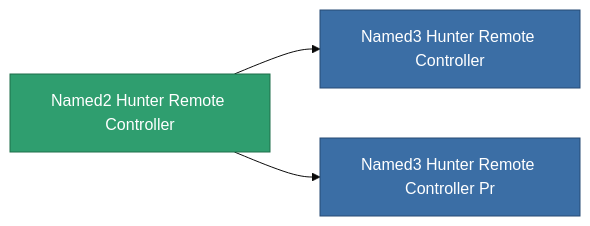
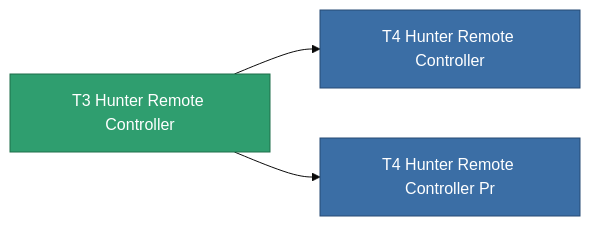
The diagram in content/content/items/named2_hunter_remote_controller.md (OpenPerpetuum/Wiki), drawn with Mermaid (base theme) before and after one commit. The commit also changed other lines of this file and 4904 other files, not shown here.

````diff
--- a/content/content/items/named2_hunter_remote_controller.md
+++ b/content/content/items/named2_hunter_remote_controller.md
@@ -68,13 +52,13 @@
 ```mermaid
 graph LR
-    a["Named2 Hunter Remote Controller"]:::current
-    b["Named3 Hunter Remote Controller"]:::prod
+    a["T3 Hunter Remote Controller"]:::current
+    b["T4 Hunter Remote Controller"]:::prod
     a --> b
-    click b "/content/items/named3-hunter-remote-controller/" "Named3 Hunter Remote Controller"
-    c["Named3 Hunter Remote Controller Pr"]:::prod
+    click b "/content/items/named3-hunter-remote-controller/" "T4 Hunter Remote Controller"
+    c["T4 Hunter Remote Controller Pr"]:::prod
     a --> c
-    click c "/content/items/named3-hunter-remote-controller-pr/" "Named3 Hunter Remote Controller Pr"
+    click c "/content/items/named3-hunter-remote-controller-pr/" "T4 Hunter Remote Controller Pr"
     classDef current fill:#2f9e6f,stroke:#1f6f4a,color:#ffffff
     classDef prod fill:#3b6ea5,stroke:#274a75,color:#ffffff
     classDef more fill:#39445a,stroke:#54658a,color:#d5dbe8
 ```
````
